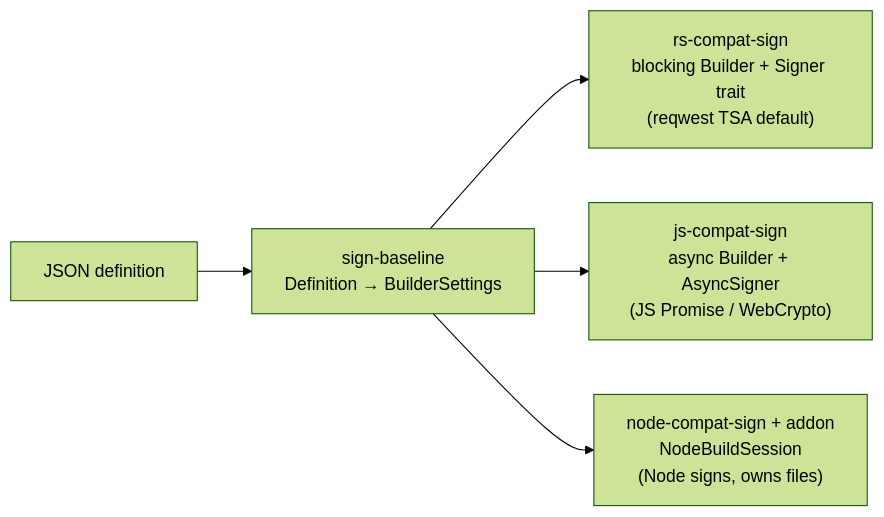
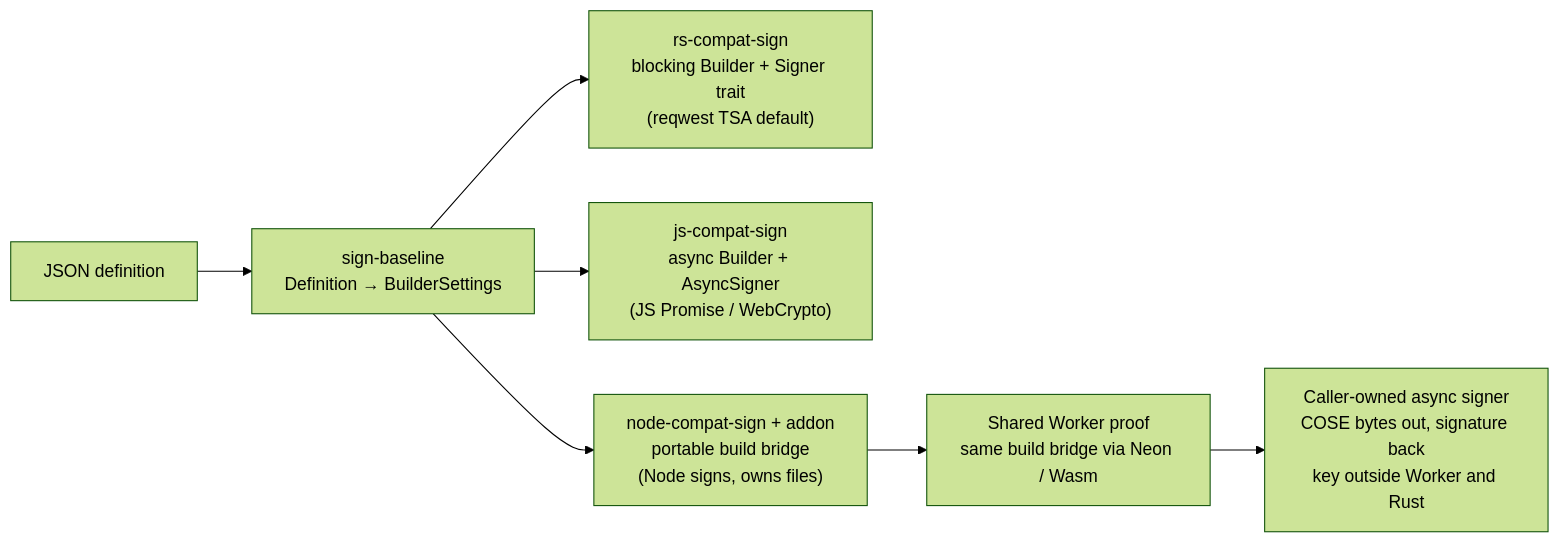
The second of 2 diagrams in docs/walkthrough/06-bindings.md (scouten/state-machine-experiment), drawn with Mermaid (forest theme) before and after one commit. The commit also changed other lines of this file and 21 other files, not shown here.

First line of the commit message:
Prove shared Worker signing with caller-owned async signers

````diff
--- a/docs/walkthrough/06-bindings.md
+++ b/docs/walkthrough/06-bindings.md
@@ -83,7 +88,9 @@
 ```mermaid
 flowchart LR
     D["JSON definition"] --> SB["sign-baseline<br/>Definition → BuilderSettings"]
     SB --> RS["rs-compat-sign<br/>blocking Builder + Signer trait<br/>(reqwest TSA default)"]
     SB --> JS["js-compat-sign<br/>async Builder + AsyncSigner<br/>(JS Promise / WebCrypto)"]
-    SB --> ND["node-compat-sign + addon<br/>NodeBuildSession<br/>(Node signs, owns files)"]
+    SB --> ND["node-compat-sign + addon<br/>portable build bridge<br/>(Node signs, owns files)"]
+    ND --> WP["Shared Worker proof<br/>same build bridge via Neon / Wasm"]
+    WP --> CB["Caller-owned async signer<br/>COSE bytes out, signature back<br/>key outside Worker and Rust"]
 ```
````
